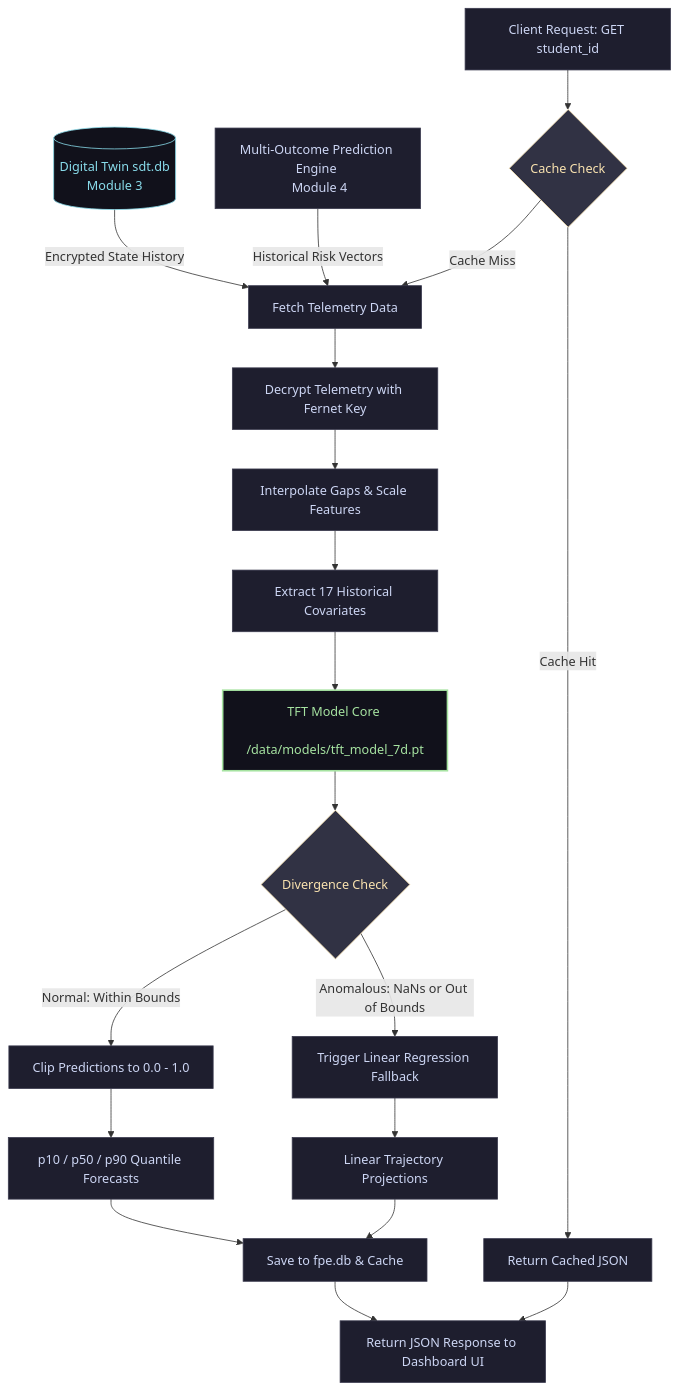
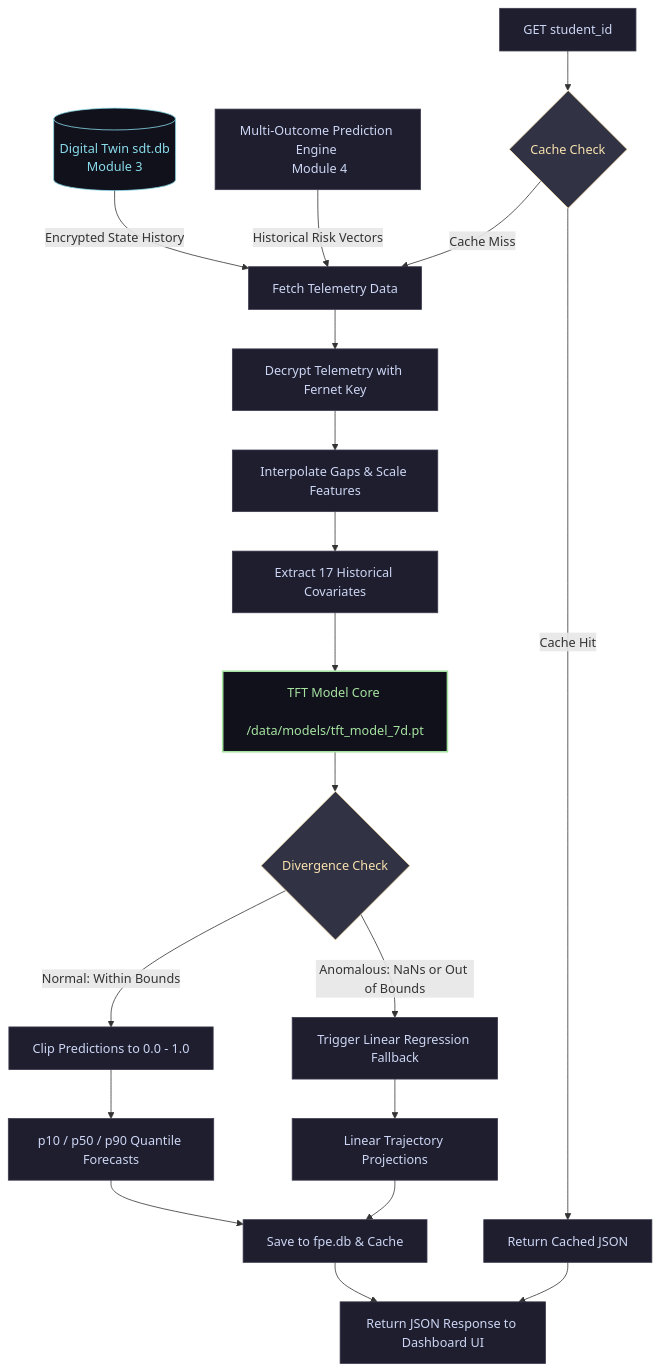
The first of 2 diagrams in README.md (tezendrax/FPE-Student-State-Forecasting-Engine--Wellmefy), drawn with Mermaid before and after one commit. The commit also changed 1 other file, not shown here.

Commit message:
Updating flowchart entry node label

````diff
--- a/README.md
+++ b/README.md
@@ -13,45 +13,45 @@
 ```mermaid
 graph TD
     %% Upstream Data Sources
     SDT[(Digital Twin sdt.db <br> Module 3)] -->|Encrypted State History| D
     MOPE[Multi-Outcome Prediction Engine <br> Module 4] -->|Historical Risk Vectors| D
 
     %% Entry Point
-    A[Client Request: GET student_id] --> B{Cache Check}
+    A[GET student_id] --> B{Cache Check}
     
     %% Cache Branching
     B -->|Cache Hit| C[Return Cached JSON]
     B -->|Cache Miss| D[Fetch Telemetry Data]
     
     %% Processing Pipeline
     D --> E[Decrypt Telemetry with Fernet Key]
     E --> F[Interpolate Gaps & Scale Features]
     F --> G[Extract 17 Historical Covariates]
     
     %% Forecasting Core (highlighting model location!)
     G --> H[TFT Model Core <br> /data/models/tft_model_7d.pt]
     
     %% Divergence Check Branching
     H --> I{Divergence Check}
     I -->|Normal: Within Bounds| J[Clip Predictions to 0.0 - 1.0]
     I -->|Anomalous: NaNs or Out of Bounds| K[Trigger Linear Regression Fallback]
     
     %% Target Outputs
     J --> L[p10 / p50 / p90 Quantile Forecasts]
     K --> M[Linear Trajectory Projections]
     
     %% Concluding Pipeline
     L --> N[Save to fpe.db & Cache]
     M --> N
     N --> O[Return JSON Response to Dashboard UI]
     C --> O
 
     %% Styling
     classDef default fill:#1e1e2e,stroke:#3b3b4f,color:#cdd6f4;
     classDef decision fill:#313244,stroke:#f9e2af,color:#f9e2af;
     classDef model fill:#11111b,stroke:#a6e3a1,color:#a6e3a1,stroke-width:2px;
     classDef database fill:#11111b,stroke:#89dceb,color:#89dceb,stroke-width:1px;
     class B,I decision;
     class H model;
     class SDT database;
 ```
````
